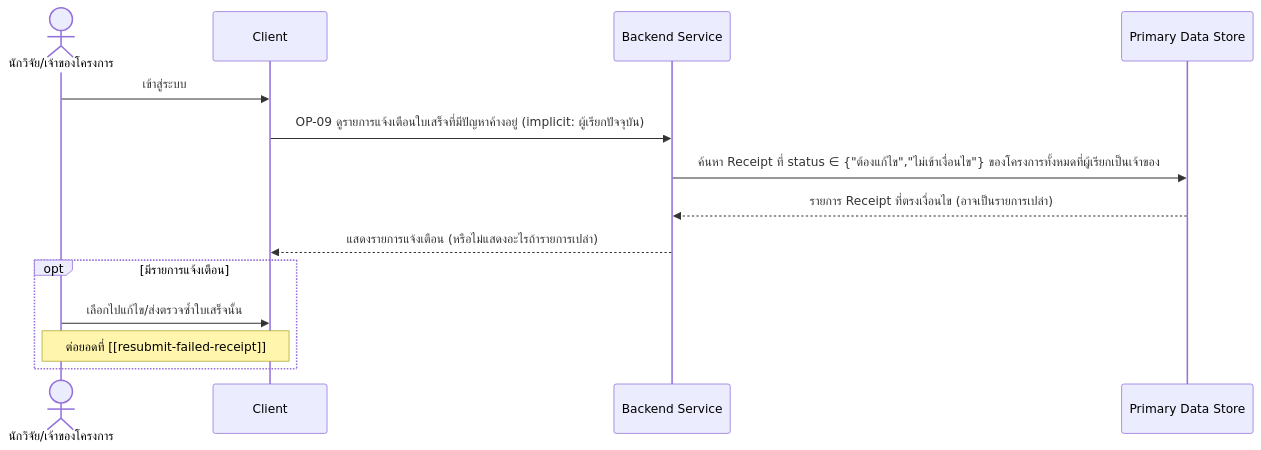
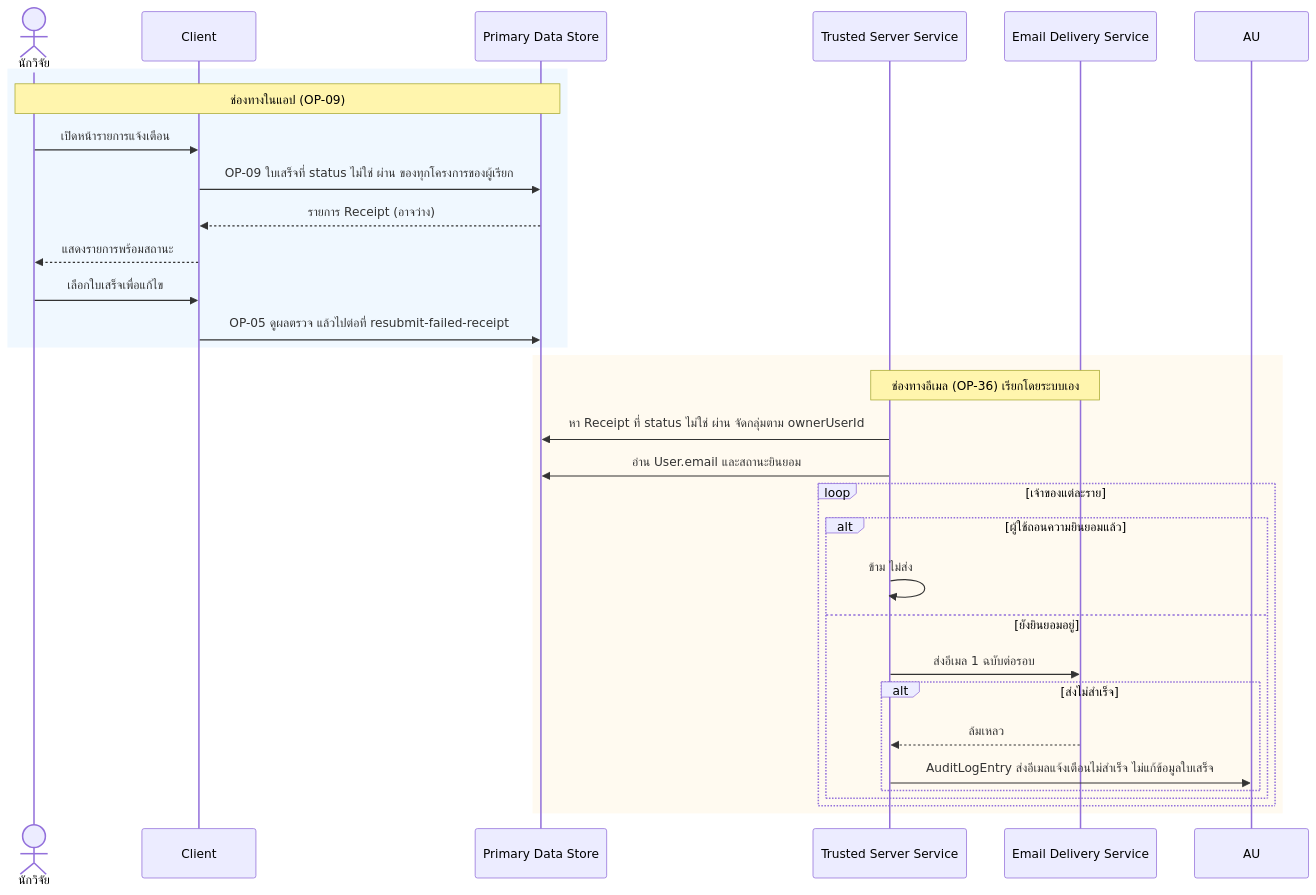
The first of 2 diagrams in docs/02-design/02-technical/detailed-design/pending-issue-notification.md (ptrsswnr/Grant-Receipt-Assistant), drawn with Mermaid before and after one commit. The commit also changed other lines of this file and 27 other files, not shown here.

````diff
--- a/docs/02-design/02-technical/detailed-design/pending-issue-notification.md
+++ b/docs/02-design/02-technical/detailed-design/pending-issue-notification.md
@@ -28,17 +26,35 @@
 ```mermaid
 sequenceDiagram
-    actor R as นักวิจัย/เจ้าของโครงการ
+    actor R as นักวิจัย
     participant C as Client
-    participant B as Backend Service
     participant DS as Primary Data Store
+    participant TS as Trusted Server Service
+    participant EM as Email Delivery Service
 
-    R->>C: เข้าสู่ระบบ
-    C->>B: OP-09 ดูรายการแจ้งเตือนใบเสร็จที่มีปัญหาค้างอยู่ (implicit: ผู้เรียกปัจจุบัน)
-    B->>DS: ค้นหา Receipt ที่ status ∈ {"ต้องแก้ไข","ไม่เข้าเงื่อนไข"} ของโครงการทั้งหมดที่ผู้เรียกเป็นเจ้าของ
-    DS-->>B: รายการ Receipt ที่ตรงเงื่อนไข (อาจเป็นรายการเปล่า)
-    B-->>C: แสดงรายการแจ้งเตือน (หรือไม่แสดงอะไรถ้ารายการเปล่า)
-    opt มีรายการแจ้งเตือน
-        R->>C: เลือกไปแก้ไข/ส่งตรวจซ้ำใบเสร็จนั้น
-        Note over C,R: ต่อยอดที่ [[resubmit-failed-receipt]]
+    rect rgb(240, 248, 255)
+    Note over R,DS: ช่องทางในแอป (OP-09)
+    R->>C: เปิดหน้ารายการแจ้งเตือน
+    C->>DS: OP-09 ใบเสร็จที่ status ไม่ใช่ ผ่าน ของทุกโครงการของผู้เรียก
+    DS-->>C: รายการ Receipt (อาจว่าง)
+    C-->>R: แสดงรายการพร้อมสถานะ
+    R->>C: เลือกใบเสร็จเพื่อแก้ไข
+    C->>DS: OP-05 ดูผลตรวจ แล้วไปต่อที่ resubmit-failed-receipt
+    end
+
+    rect rgb(255, 250, 240)
+    Note over TS,EM: ช่องทางอีเมล (OP-36) เรียกโดยระบบเอง
+    TS->>DS: หา Receipt ที่ status ไม่ใช่ ผ่าน จัดกลุ่มตาม ownerUserId
+    TS->>DS: อ่าน User.email และสถานะยินยอม
+    loop เจ้าของแต่ละราย
+        alt ผู้ใช้ถอนความยินยอมแล้ว
+            TS->>TS: ข้าม ไม่ส่ง
+        else ยังยินยอมอยู่
+            TS->>EM: ส่งอีเมล 1 ฉบับต่อรอบ
+            alt ส่งไม่สำเร็จ
+                EM-->>TS: ล้มเหลว
+                TS->>AU: AuditLogEntry ส่งอีเมลแจ้งเตือนไม่สำเร็จ ไม่แก้ข้อมูลใบเสร็จ
+            end
+        end
+    end
     end
 ```
````
